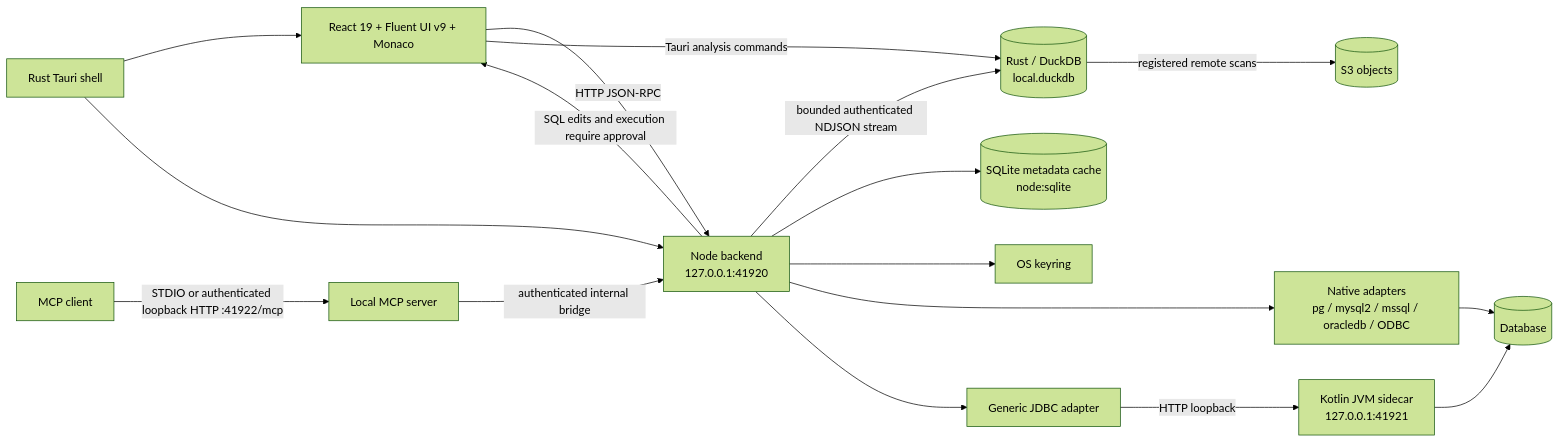
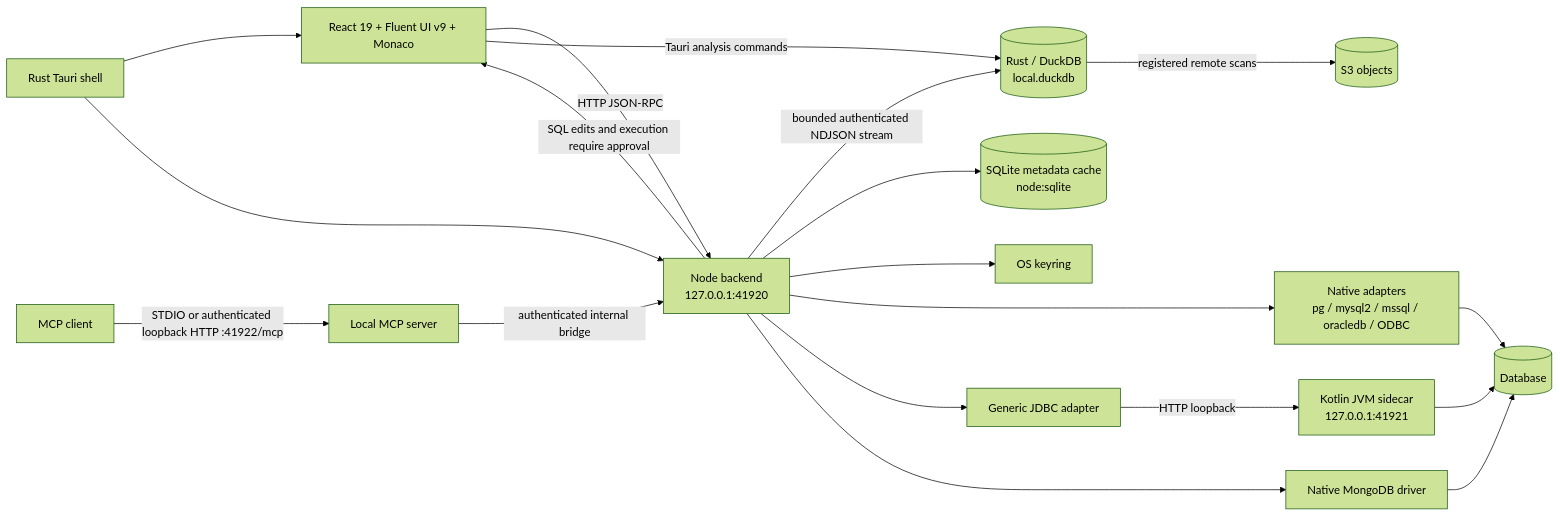
Before and after one commit to cccadet/omni-sql: the first of 2 diagrams in docs/ARCHITECTURE.md, drawn with Mermaid (forest theme). The commit also changed other lines of this file and 20 other files, not shown here.

````diff
--- a/docs/ARCHITECTURE.md
+++ b/docs/ARCHITECTURE.md
@@ -6,19 +6,21 @@
 ```mermaid
 flowchart LR
   UI[React 19 + Fluent UI v9 + Monaco] -->|HTTP JSON-RPC| API[Node backend\n127.0.0.1:41920]
   Shell[Rust Tauri shell] --> UI
   Shell --> API
   UI -->|Tauri analysis commands| DuckDB[(Rust / DuckDB\nlocal.duckdb)]
   API -->|bounded authenticated NDJSON stream| DuckDB
   DuckDB -->|registered remote scans| S3[(S3 objects)]
   Client[MCP client] -->|STDIO or authenticated loopback HTTP :41922/mcp| MCP[Local MCP server]
   MCP -->|authenticated internal bridge| API
   API -->|SQL edits and execution require approval| UI
   API --> Cache[(SQLite metadata cache\nnode:sqlite)]
   API --> Keyring[OS keyring]
   API --> Native[Native adapters\npg / mysql2 / mssql / oracledb / ODBC]
   API --> JDBC[Generic JDBC adapter]
+  API --> Mongo[Native MongoDB driver]
+  Mongo --> DB
   JDBC -->|HTTP loopback| JVM[Kotlin JVM sidecar\n127.0.0.1:41921]
   JVM --> DB[(Database)]
   Native --> DB
 ```
````
